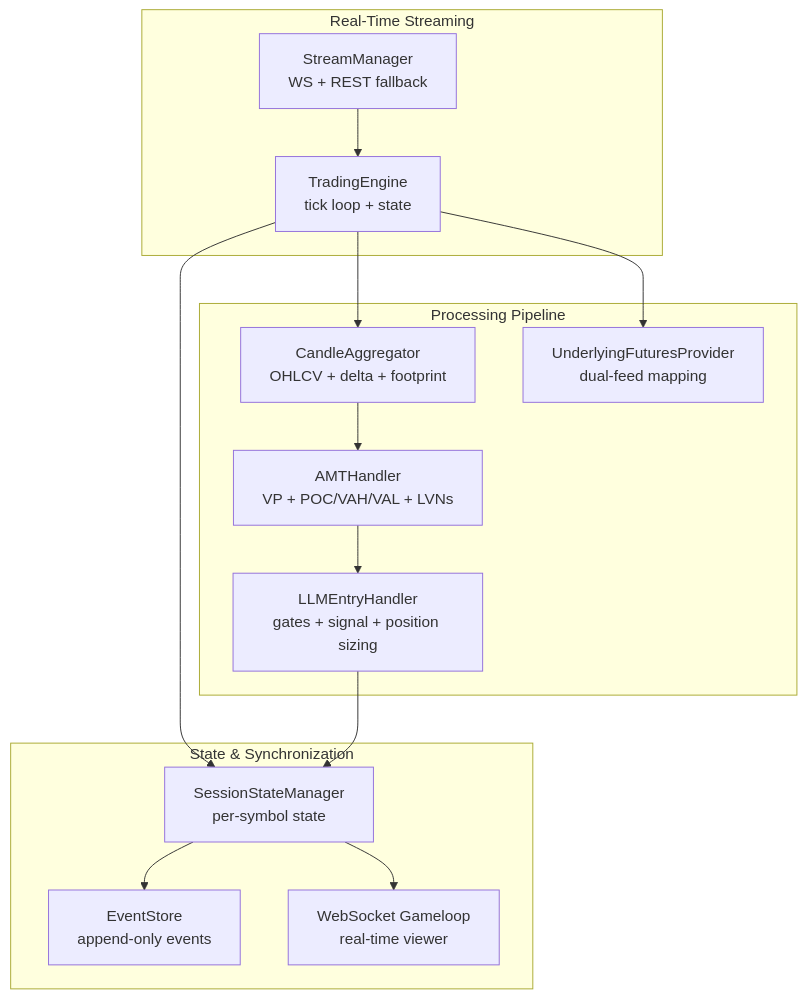
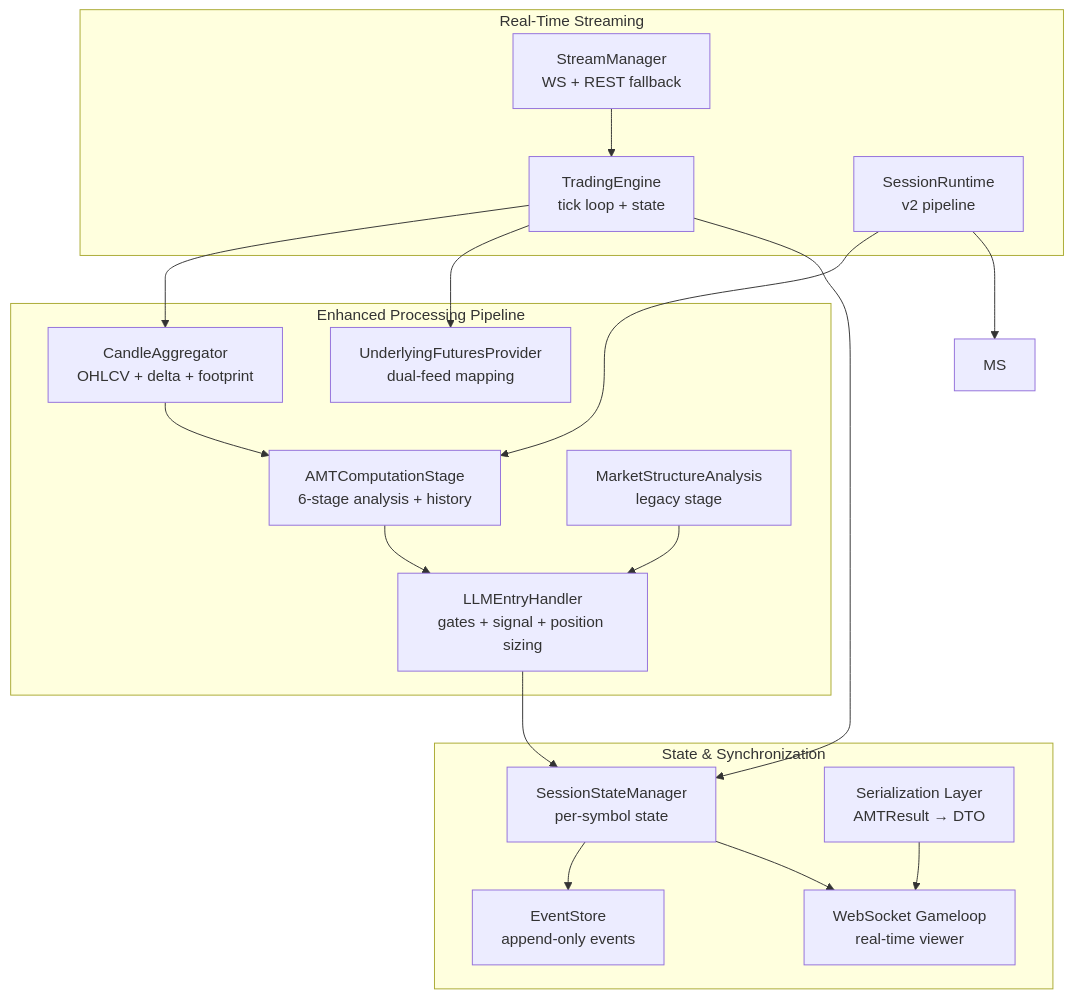
The first of 12 diagrams in .qoder/repowiki/en/content/Architecture Deep Dive/Data Flow and Processing/Data Flow and Processing.md (gemrajkhatry-maker/v5-of-glassytrade-ai), drawn with Mermaid before and after one commit. The commit also changed other lines of this file and 219 other files, not shown here.

First line of the commit message:
refactor: major architecture improvements across backend, backendv2, brokers, and frontend

````diff
--- a/.qoder/repowiki/en/content/Architecture Deep Dive/Data Flow and Processing/Data Flow and Processing.md
+++ b/.qoder/repowiki/en/content/Architecture Deep Dive/Data Flow and Processing/Data Flow and Processing.md
@@ -46,27 +63,34 @@
 ```mermaid
 graph TB
 subgraph "Real-Time Streaming"
 SM["StreamManager<br/>WS + REST fallback"]
 ENG["TradingEngine<br/>tick loop + state"]
+SRV2["SessionRuntime<br/>v2 pipeline"]
 end
-subgraph "Processing Pipeline"
+subgraph "Enhanced Processing Pipeline"
 CA["CandleAggregator<br/>OHLCV + delta + footprint"]
 UFP["UnderlyingFuturesProvider<br/>dual-feed mapping"]
-AMT["AMTHandler<br/>VP + POC/VAH/VAL + LVNs"]
+AMT["AMTComputationStage<br/>6-stage analysis + history"]
+MSA["MarketStructureAnalysis<br/>legacy stage"]
 LLM["LLMEntryHandler<br/>gates + signal + position sizing"]
 end
 subgraph "State & Synchronization"
 SSM["SessionStateManager<br/>per-symbol state"]
 EV["EventStore<br/>append-only events"]
 WS["WebSocket Gameloop<br/>real-time viewer"]
+SCHEMAS["Serialization Layer<br/>AMTResult → DTO"]
 end
 SM --> ENG
 ENG --> CA
 ENG --> UFP
 ENG --> SSM
+SRV2 --> AMT
+SRV2 --> MS
 CA --> AMT
 AMT --> LLM
+MSA --> LLM
 LLM --> SSM
 SSM --> EV
 SSM --> WS
+SCHEMAS --> WS
 ```
````
